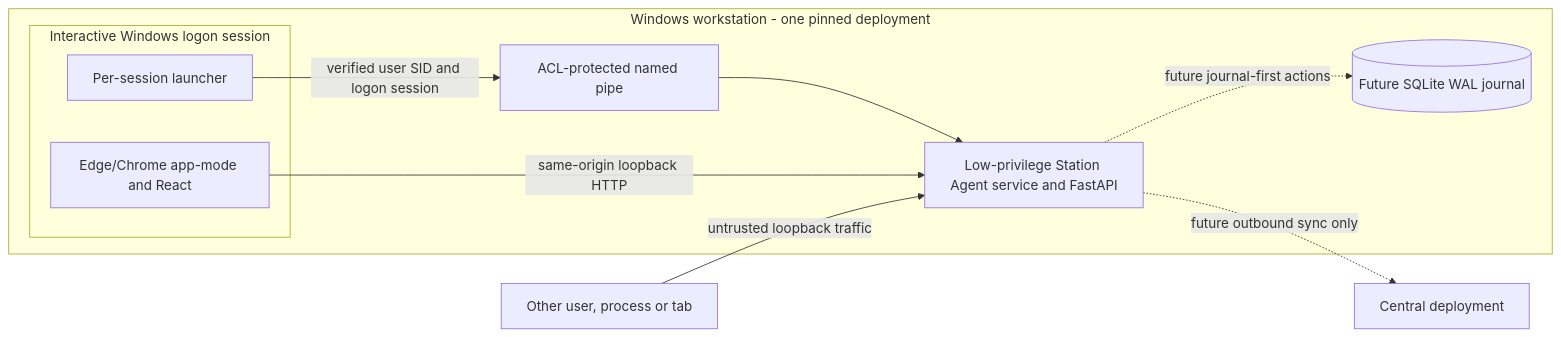
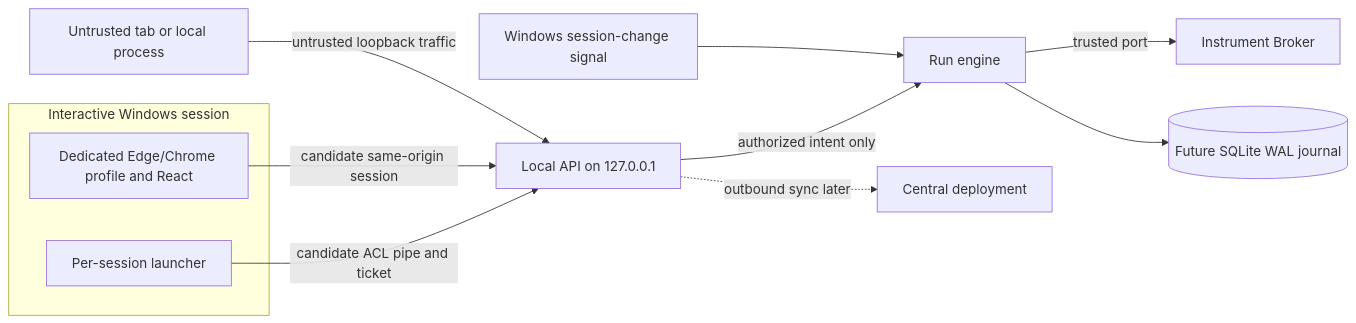
The first of 2 diagrams in docs/spikes/SP-3_LOCAL_API_SECURITY_DESIGN.md (avihafif/calibration-os), drawn with Mermaid before and after one commit. The commit also changed other lines of this file and 2 other files, not shown here.

Commit message:
docs(sp3): address independent Local API security review

````diff
--- a/docs/spikes/SP-3_LOCAL_API_SECURITY_DESIGN.md
+++ b/docs/spikes/SP-3_LOCAL_API_SECURITY_DESIGN.md
@@ -22,17 +24,15 @@
 ```mermaid
 flowchart LR
-  subgraph PC[Windows workstation - one pinned deployment]
-    subgraph W[Interactive Windows logon session]
-      L[Per-session launcher]
-      B[Edge/Chrome app-mode and React]
-    end
-    P[ACL-protected named pipe]
-    A[Low-privilege Station Agent service and FastAPI]
-    J[(Future SQLite WAL journal)]
-    L -->|verified user SID and logon session| P --> A
-    B -->|same-origin loopback HTTP| A
-    A -.->|future journal-first actions| J
+  subgraph W[Interactive Windows session]
+    L[Per-session launcher]
+    B[Dedicated Edge/Chrome profile and React]
   end
-  X[Other user, process or tab] -->|untrusted loopback traffic| A
-  A -.->|future outbound sync only| C[Central deployment]
+  L -->|candidate ACL pipe and ticket| A[Local API on 127.0.0.1]
+  B -->|candidate same-origin session| A
+  A -->|authorized intent only| E[Run engine]
+  E -->|trusted port| K[Instrument Broker]
+  E --> J[(Future SQLite WAL journal)]
+  O[Untrusted tab or local process] -->|untrusted loopback traffic| A
+  WTS[Windows session-change signal] --> E
+  A -.->|outbound sync later| C[Central deployment]
 ```
````
